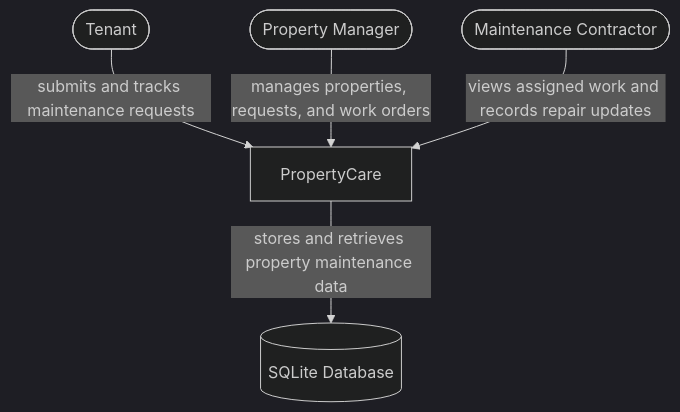
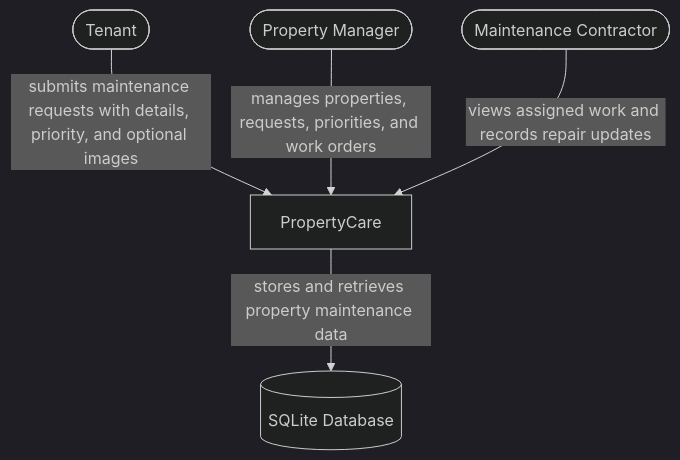
The first of 4 diagrams in README.md (JaiKaushik03/cen5064-project-Jai), drawn with Mermaid (dark theme) before and after one commit. The commit also changed other lines of this file, not shown here.

Commit message:
L3 studio: request priorities + image upload

````diff
--- a/README.md
+++ b/README.md
@@ -38,16 +38,16 @@
 ```mermaid
 flowchart TB
 
     tenant([Tenant])
     manager([Property Manager])
     contractor([Maintenance Contractor])
 
     system[PropertyCare]
     database[(SQLite Database)]
 
-    tenant -->|submits and tracks maintenance requests| system
-    manager -->|manages properties, requests, and work orders| system
+    tenant -->|submits maintenance requests with details, priority, and optional images| system
+    manager -->|manages properties, requests, priorities, and work orders| system
     contractor -->|views assigned work and records repair updates| system
 
     system -->|stores and retrieves property maintenance data| database
 ```
````
